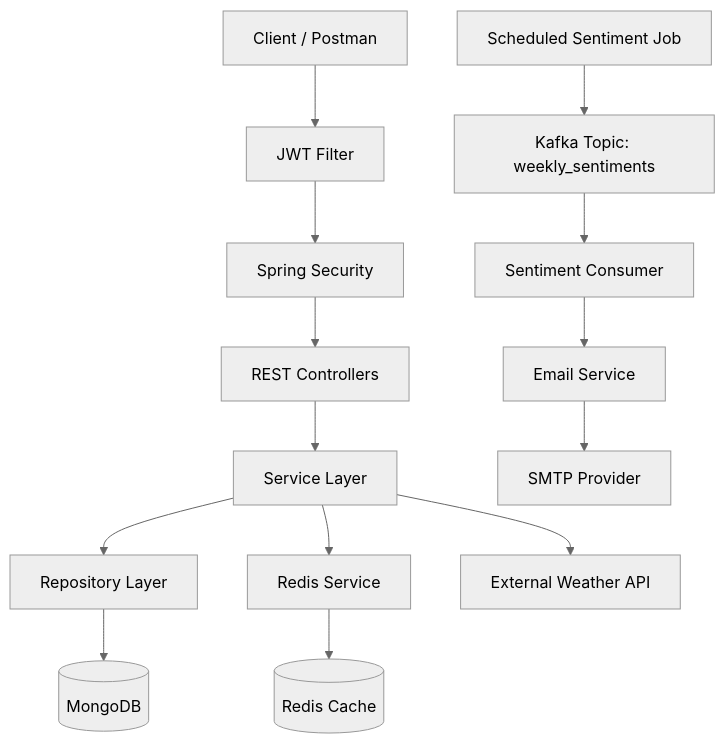
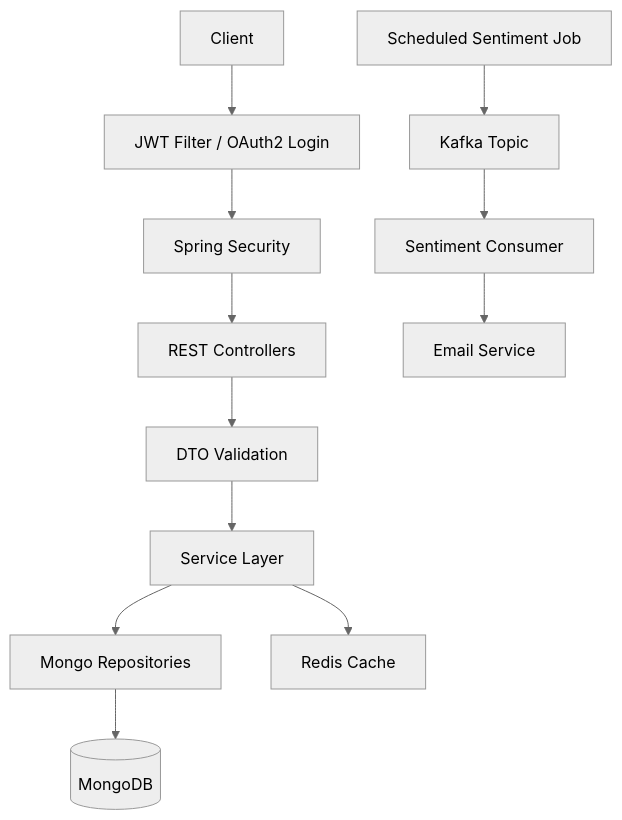
One commit to jayendrasingh22/Journal-App changed the diagram in README.md. Above: the diagram before and after it, drawn with Mermaid (neutral theme). The commit also changed other lines of this file, not shown here.

Commit message:
docs: refresh README for API security and OAuth upgrade

```diff
--- a/README.md
+++ b/README.md
@@ -52,16 +41,14 @@
 ~~~mermaid
 flowchart TD
-    A[Client / Postman] --> B[JWT Filter]
+    A[Client] --> B[JWT Filter / OAuth2 Login]
     B --> C[Spring Security]
     C --> D[REST Controllers]
-    D --> E[Service Layer]
-    E --> F[Repository Layer]
-    F --> G[(MongoDB)]
-    E --> H[Redis Service]
-    H --> I[(Redis Cache)]
-    E --> J[External Weather API]
-    K[Scheduled Sentiment Job] --> L[Kafka Topic: weekly_sentiments]
-    L --> M[Sentiment Consumer]
-    M --> N[Email Service]
-    N --> O[SMTP Provider]
+    D --> E[DTO Validation]
+    E --> F[Service Layer]
+    F --> G[Mongo Repositories]
+    G --> H[(MongoDB)]
+    F --> I[Redis Cache]
+    J[Scheduled Sentiment Job] --> K[Kafka Topic]
+    K --> L[Sentiment Consumer]
+    L --> M[Email Service]
 ~~~
```
